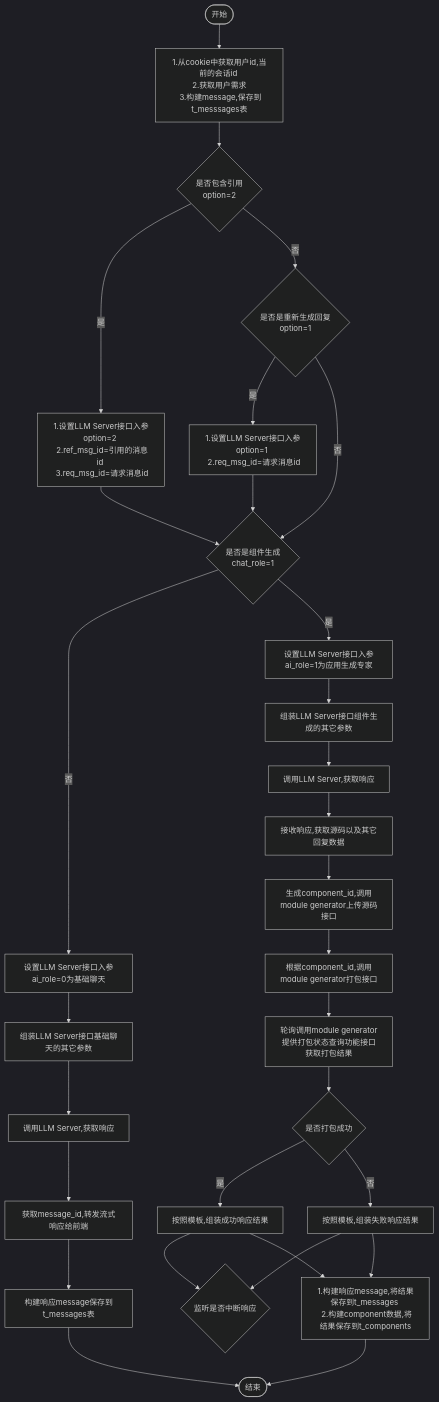
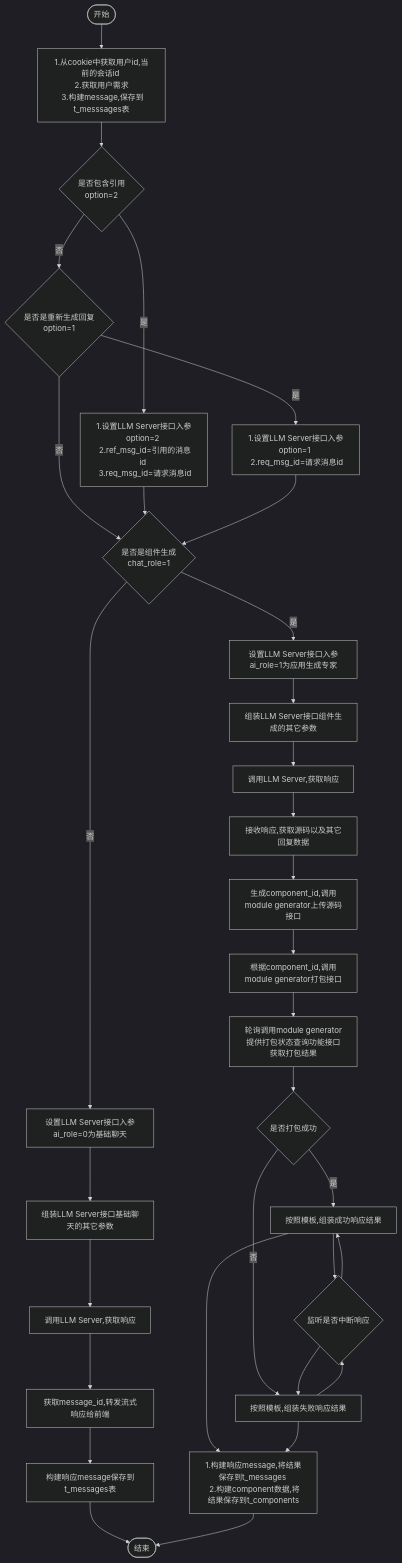
Before and after one commit to yingjianzh/iodraw-files: the diagram in all/w3-会话-不需要传递message.md, drawn with Mermaid (dark theme).

Commit message:
2024-10-15 15:12:48 update

````diff
--- a/all/w3-会话-不需要传递message.md
+++ b/all/w3-会话-不需要传递message.md
@@ -1,36 +1,36 @@
 ```mermaid
 flowchart TD
     A([开始]) --> B[1.从cookie中获取用户id,当前的会话id \n 2.获取用户需求 \n 3.构建message,保存到t_messsages表]
     B--> D{是否包含引用 \n option=2}
     D -- 是 --> E[1.设置LLM Server接口入参option=2 \n 2.ref_msg_id=引用的消息id \n 3.req_msg_id=请求消息id]
     D -- 否 --> F{是否是重新生成回复\n option=1}
     F -- 是 --> G[1.设置LLM Server接口入参option=1 \n 2.req_msg_id=请求消息id]
     F -- 否 --> I
      
     E & G --> I{是否是组件生成 \n chat_role=1}
     I -- 否 --> K[设置LLM Server接口入参ai_role=0为基础聊天]
     I -- 是 --> J[设置LLM Server接口入参ai_role=1为应用生成专家]
     
 
     J --> L[组装LLM Server接口组件生成的其它参数]    
     K --> M[组装LLM Server接口基础聊天的其它参数]    
     M --> N[调用LLM Server,获取响应]    
     N --> O[获取message_id,转发流式响应给前端]
     O --> P[构建响应message保存到t_messages表]
     P --> R([结束])
 
 
     L --> S[调用LLM Server,获取响应]
     S --> T[接收响应,获取源码以及其它回复数据]
     T --> U[生成component_id,调用module generator上传源码接口]
     U --> V[根据component_id,调用module generator打包接口]
     V --> W[轮询调用module generator提供打包状态查询功能接口获取打包结果]
     W --> X{是否打包成功}
     X -- 是 --> Y[按照模板,组装成功响应结果]
     X -- 否 --> Z[按照模板,组装失败响应结果]
     Y & Z --> Done{监听是否中断响应}
-    
+    Done -->
 
     Y & Z --> Result[1.构建响应message,将结果保存到t_messages \n 2.构建component数据,将结果保存到t_components]
     Result --> R
 ```
````
